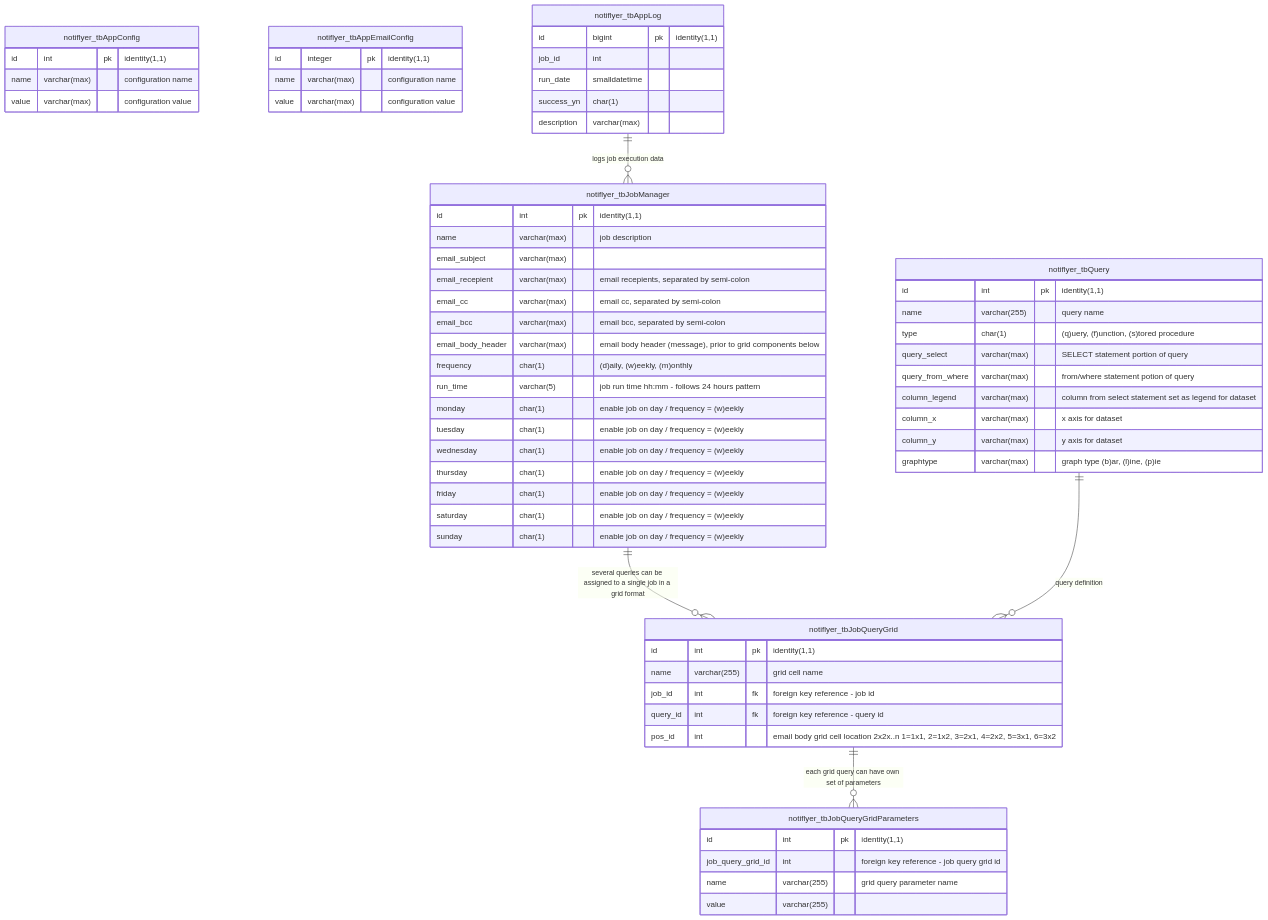
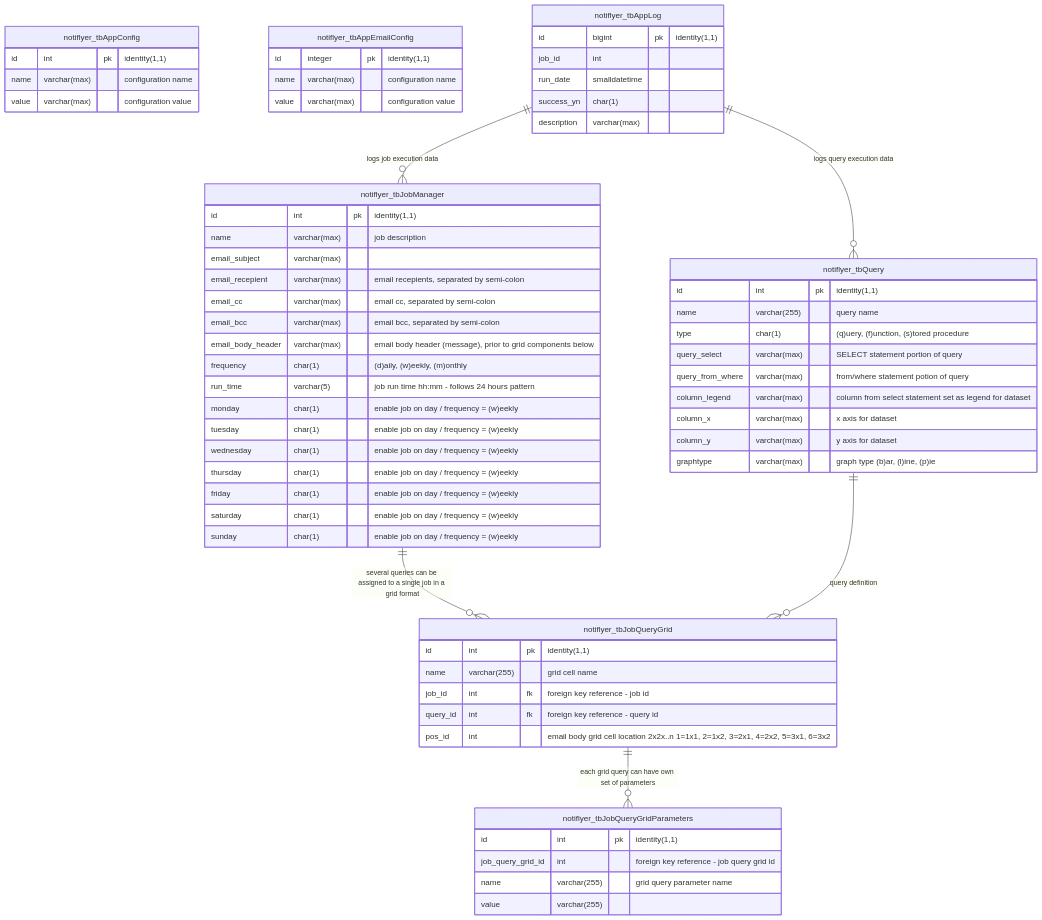
One commit to cleancoda/notiflyer changed the diagram in app/documentation/mssql/README.md. Above: the diagram before and after it, drawn with Mermaid.

````diff
--- a/app/documentation/mssql/README.md
+++ b/app/documentation/mssql/README.md
@@ -23,76 +23,77 @@
 ```mermaid
 erDiagram
     
 
     notiflyer_tbJobManager {
         id int pk "identity(1,1)"
         name varchar(max) "job description"
         email_subject varchar(max)
         email_recepient varchar(max) "email recepients, separated by semi-colon"
         email_cc varchar(max) "email cc, separated by semi-colon"
         email_bcc varchar(max) "email bcc, separated by semi-colon"
 		email_body_header varchar(max) "email body header (message), prior to grid components below"
         frequency char(1) "(d)aily, (w)eekly, (m)onthly"
 		run_time varchar(5) "job run time hh:mm - follows 24 hours pattern"
 		monday char(1) "enable job on day / frequency = (w)eekly"
 		tuesday char(1) "enable job on day / frequency = (w)eekly"
 		wednesday char(1) "enable job on day / frequency = (w)eekly"
 		thursday char(1) "enable job on day / frequency = (w)eekly"
 		friday char(1) "enable job on day / frequency = (w)eekly"
 		saturday char(1) "enable job on day / frequency = (w)eekly"
 		sunday char(1) "enable job on day / frequency = (w)eekly"
     }
 
     notiflyer_tbQuery {
         id int pk "identity(1,1)"
         name varchar(255) "query name"
 		type char(1) "(q)uery, (f)unction, (s)tored procedure"
 		query_select varchar(max) "SELECT statement portion of query"
 		query_from_where varchar(max) "from/where statement potion of query"
 		column_legend varchar(max) "column from select statement set as legend for dataset"
 		column_x varchar(max) "x axis for dataset"
 		column_y varchar(max) "y axis for dataset"
 		graphtype varchar(max) "graph type (b)ar, (l)ine, (p)ie"
     }
 
     notiflyer_tbJobQueryGrid {
 		id int pk "identity(1,1)"
 		name varchar(255) "grid cell name"
 		job_id int fk "foreign key reference - job id"
 		query_id int fk "foreign key reference - query id"
 		pos_id int "email body grid cell location 2x2x..n 1=1x1, 2=1x2, 3=2x1, 4=2x2, 5=3x1, 6=3x2"
     }
 
     notiflyer_tbJobQueryGridParameters {
         id int pk "identity(1,1)"
 		job_query_grid_id int "foreign key reference - job query grid id"
 		name varchar(255) "grid query parameter name"
 		value varchar(255)
     }
 
     notiflyer_tbAppConfig {
         id int pk "identity(1,1)"
         name varchar(max) "configuration name"
 		value varchar(max) "configuration value"
     }
 
     notiflyer_tbAppEmailConfig {
         id integer pk "identity(1,1)"
 		name varchar(max) "configuration name"
 		value varchar(max) "configuration value"
     }
 
     notiflyer_tbAppLog {
         id bigint pk "identity(1,1)"
 		job_id int
 		run_date smalldatetime
 		success_yn char(1)
 		description varchar(max)
     }
 
     notiflyer_tbJobManager ||--o{ notiflyer_tbJobQueryGrid : "several queries can be assigned to a single job in a grid format"
     notiflyer_tbJobQueryGrid ||--o{ notiflyer_tbJobQueryGridParameters : "each grid query can have own set of parameters"
     notiflyer_tbQuery ||--o{ notiflyer_tbJobQueryGrid : "query definition"
 
     notiflyer_tbAppLog ||--o{ notiflyer_tbJobManager : "logs job execution data"
+    notiflyer_tbAppLog ||--o{ notiflyer_tbQuery : "logs query execution data"
 ```
````
